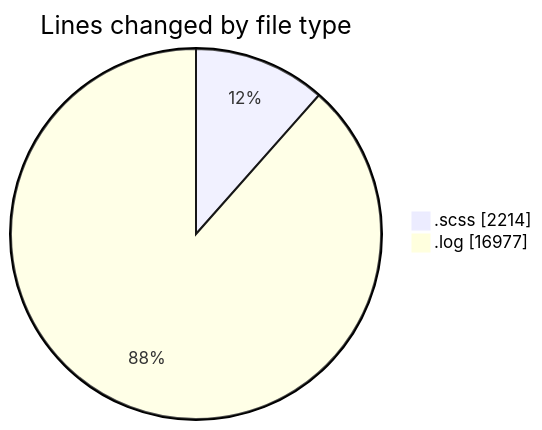
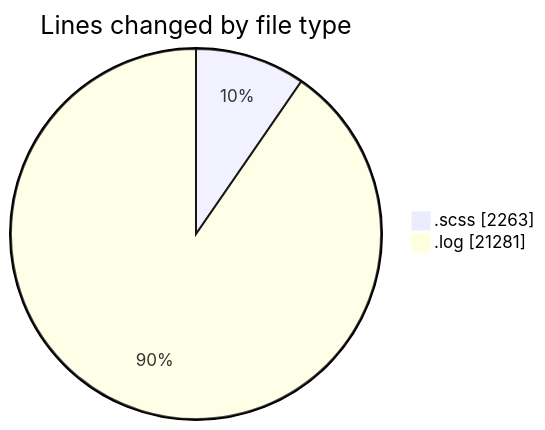
Before and after one commit to momahboobian/code-tracking: the first of 2 diagrams in 2026-01-21/cda/README.md, drawn with Mermaid. The commit also changed other lines of this file and 1 other file, not shown here.

````diff
--- a/2026-01-21/cda/README.md
+++ b/2026-01-21/cda/README.md
@@ -28,6 +30,6 @@
 ```mermaid
 pie showData
 title Lines changed by file type
-".scss" : 2214
-".log" : 16977
+".scss" : 2263
+".log" : 21281
 ```
````
